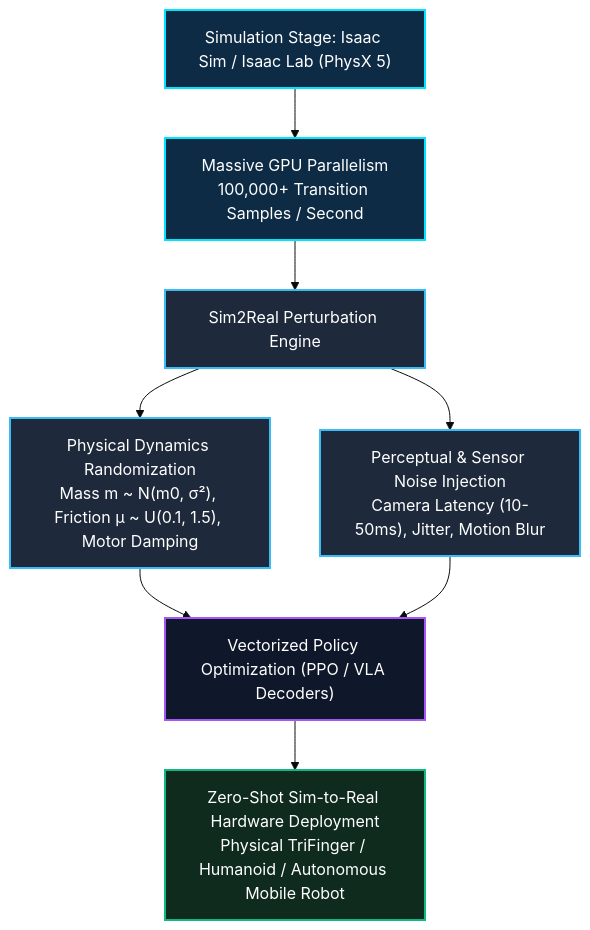
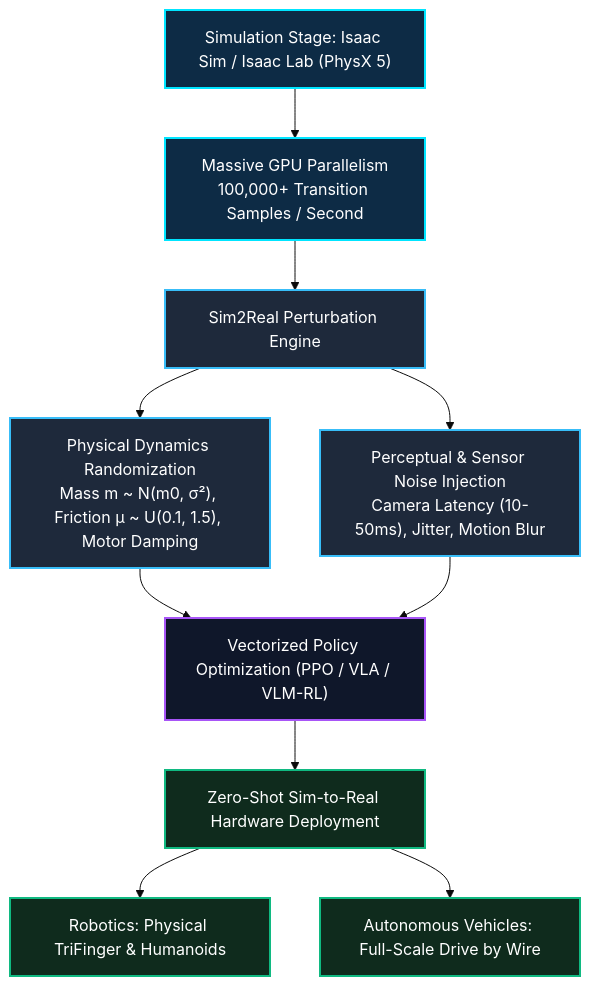
The second of 2 diagrams in contents/blog/0086-scaling-physics-isaac-sim-omniverse-replicator/index.md (narenandu/narenvadapalli_dot_com), drawn with Mermaid (base theme) before and after one commit. The commit also changed other lines of this file, not shown here.

Commit message:
feat(blog): add Autonomous Vehicles Sim2Real transfer and Sim2Real-AD case study to Blog 0086

````diff
--- a/contents/blog/0086-scaling-physics-isaac-sim-omniverse-replicator/index.md
+++ b/contents/blog/0086-scaling-physics-isaac-sim-omniverse-replicator/index.md
@@ -114,18 +123,22 @@
 ```mermaid
 flowchart TD
     A["Simulation Stage: Isaac Sim / Isaac Lab (PhysX 5)"] --> B["Massive GPU Parallelism<br/>100,000+ Transition Samples / Second"]
     B --> C["Sim2Real Perturbation Engine"]
     C --> C1["Physical Dynamics Randomization<br/>Mass m ~ N(m0, σ²), Friction μ ~ U(0.1, 1.5), Motor Damping"]
     C --> C2["Perceptual & Sensor Noise Injection<br/>Camera Latency (10-50ms), Jitter, Motion Blur"]
-    C1 --> D["Vectorized Policy Optimization (PPO / VLA Decoders)"]
+    C1 --> D["Vectorized Policy Optimization (PPO / VLA / VLM-RL)"]
     C2 --> D
-    D --> E["Zero-Shot Sim-to-Real Hardware Deployment<br/>Physical TriFinger / Humanoid / Autonomous Mobile Robot"]
+    D --> E["Zero-Shot Sim-to-Real Hardware Deployment"]
+    E --> E1["Robotics: Physical TriFinger & Humanoids"]
+    E --> E2["Autonomous Vehicles: Full-Scale Drive by Wire"]
 
     style A fill:#0d2b45,stroke:#00e5ff,stroke-width:2px,color:#ffffff
     style B fill:#0d2b45,stroke:#00e5ff,stroke-width:2px,color:#ffffff
     style C fill:#1e293b,stroke:#38bdf8,stroke-width:2px,color:#ffffff
     style C1 fill:#1e293b,stroke:#38bdf8,stroke-width:2px,color:#ffffff
     style C2 fill:#1e293b,stroke:#38bdf8,stroke-width:2px,color:#ffffff
     style D fill:#0f172a,stroke:#a855f7,stroke-width:2px,color:#ffffff
     style E fill:#0f2b1d,stroke:#10b981,stroke-width:2px,color:#ffffff
+    style E1 fill:#0f2b1d,stroke:#10b981,stroke-width:2px,color:#ffffff
+    style E2 fill:#0f2b1d,stroke:#10b981,stroke-width:2px,color:#ffffff
 ```
````
